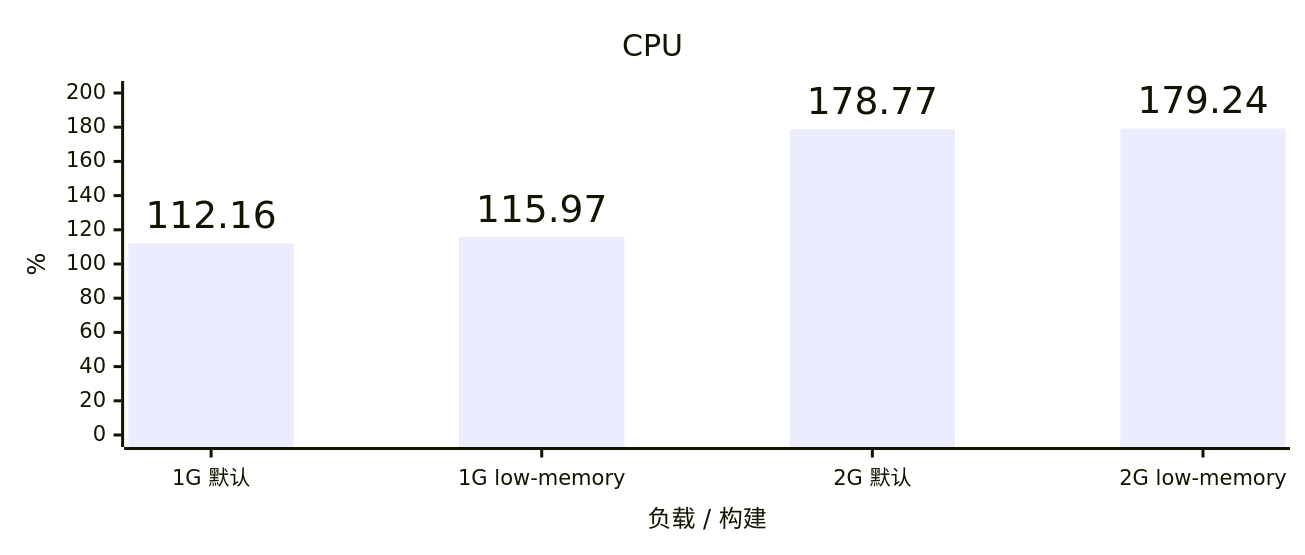
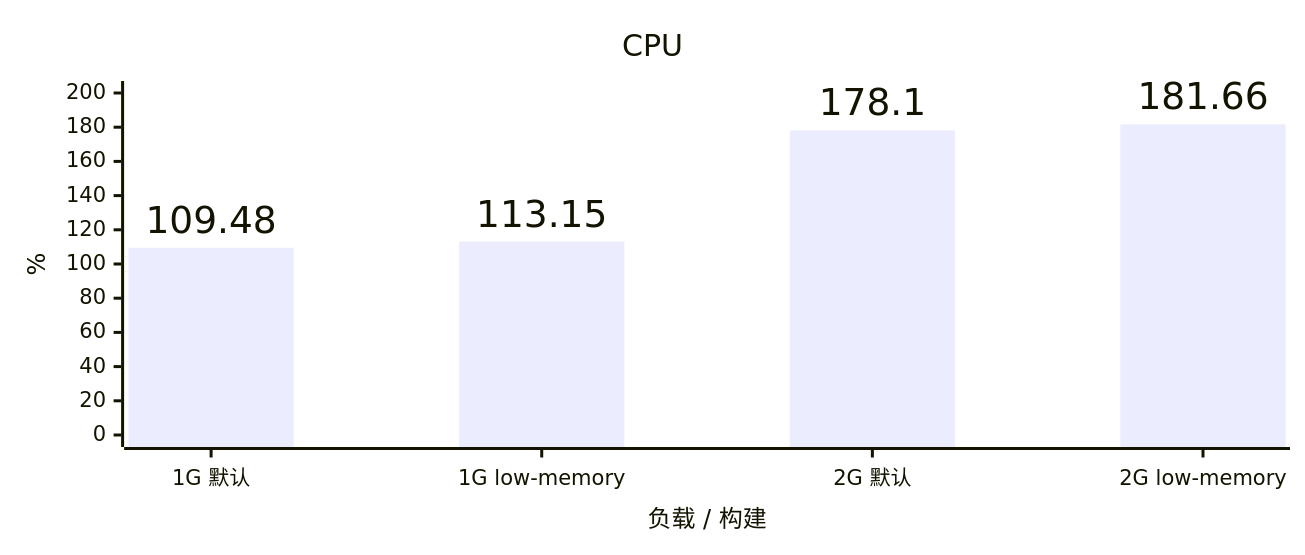
One commit to YuanDevTeam/Vole changed the second of 4 diagrams in docs/benchmark.md. Above: the diagram before and after it, drawn with Mermaid. The commit also changed other lines of this file and 1 other file, not shown here.

````diff
--- a/docs/benchmark.md
+++ b/docs/benchmark.md
@@ -33,15 +31,15 @@
 ```mermaid
 ---
 config:
   xyChart:
     width: 850
     height: 350
     showDataLabel: true
     showDataLabelOutsideBar: true
 ---
 xychart
     title "CPU"
     x-axis "负载 / 构建" ["1G 默认", "1G low-memory", "2G 默认", "2G low-memory"]
     y-axis "%" 0 --> 200
-    bar [112.16, 115.97, 178.77, 179.24]
+    bar [109.48, 113.15, 178.10, 181.66]
 ```
````
